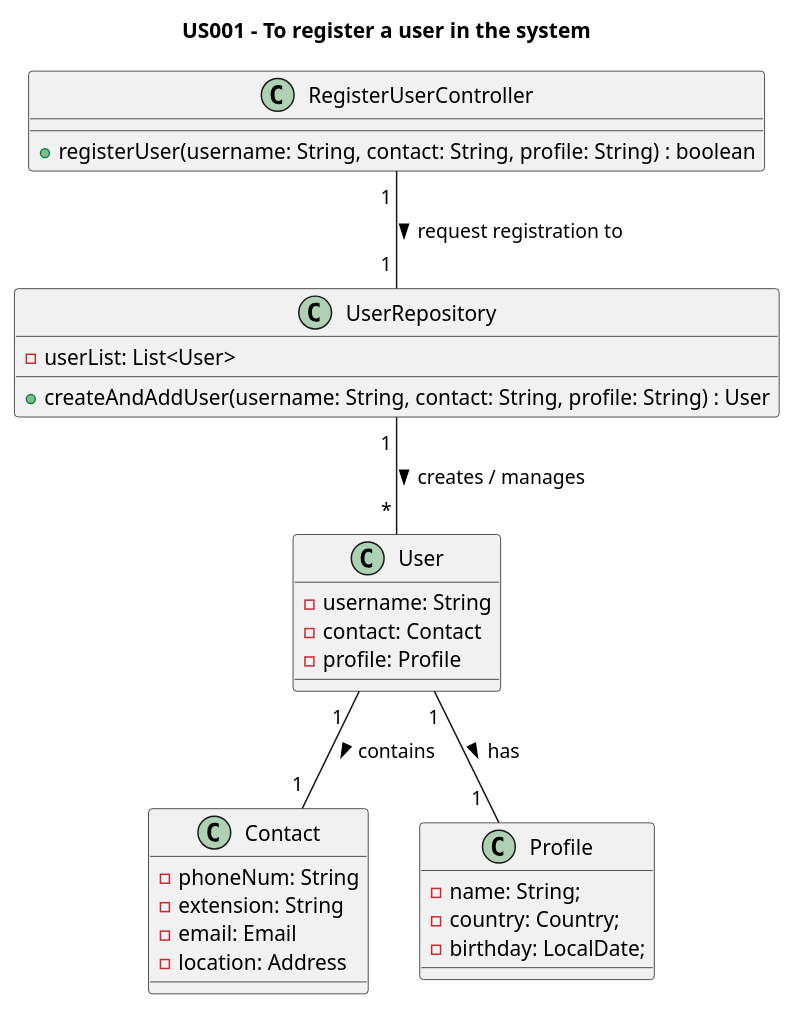
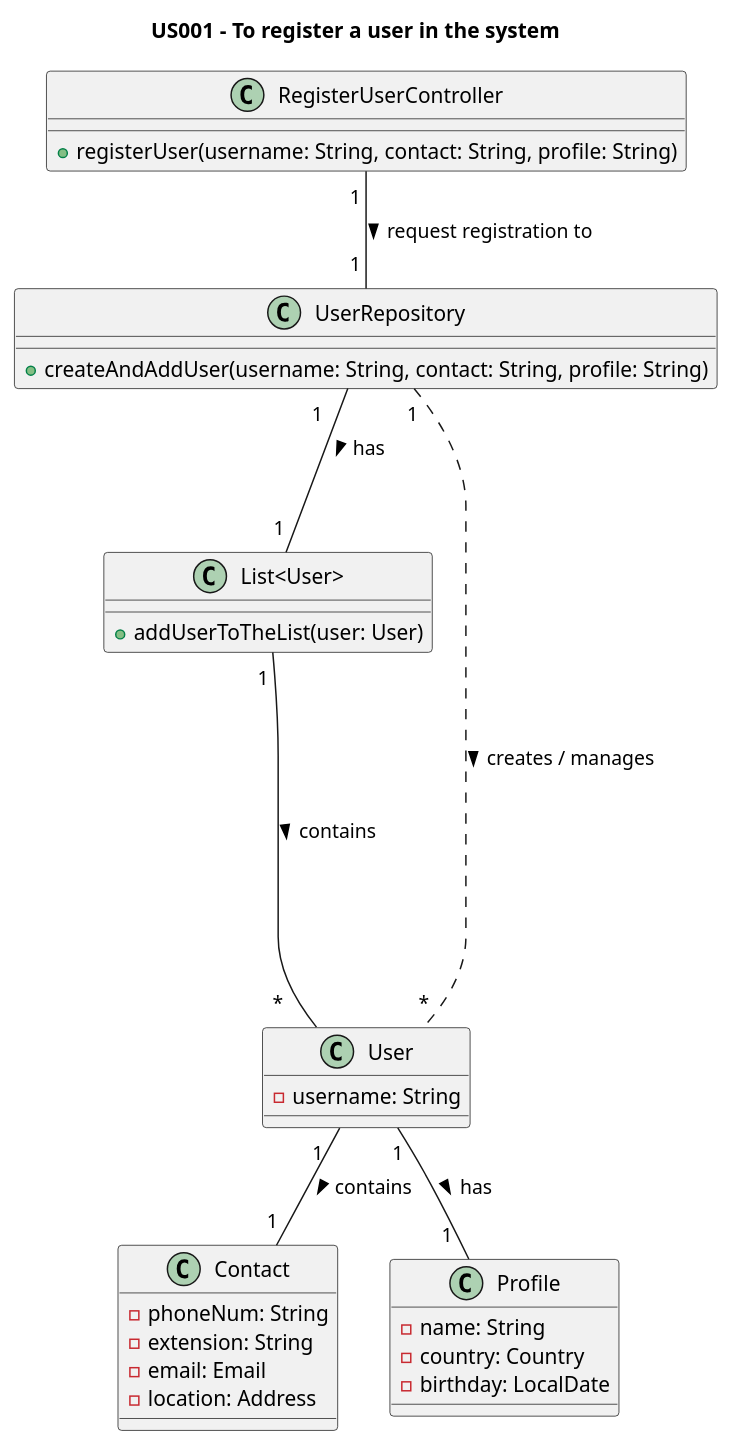
The diagram in Diagrams/ClassDiagrams/US001-to-register-a-user.puml (AndrePereiraGitH/SWitCH-Project-Team_A), drawn with PlantUML before and after one commit. The commit also changed 8 other files, not shown here.

Commit message:
Finished #23 #26, sequence and class diagram finished

```diff
--- a/Diagrams/ClassDiagrams/US001-to-register-a-user.puml
+++ b/Diagrams/ClassDiagrams/US001-to-register-a-user.puml
@@ -1,42 +1,45 @@
 @startuml
 title US001 - To register a user in the system
 
 class RegisterUserController {
-  +registerUser(username: String, contact: String, profile: String) : boolean
+  +registerUser(username: String, contact: String, profile: String)
 }
 
 class UserRepository {
-  -userList: List<User>
-  +createAndAddUser(username: String, contact: String, profile: String) : User
+  +createAndAddUser(username: String, contact: String, profile: String)
 ' Those methods are part of createAndAddUser
 '  -validateUser(u: User) : boolean
 '  -addUserToUserList(u: User) : void
 }
 
+class "List<User>" {
+  +addUserToTheList(user: User)
+}
+
 class User {
   -username: String
-  -contact: Contact
-  -profile: Profile
 }
 
 class Contact {
   -phoneNum: String
   -extension: String
   -email: Email
   -location: Address
 }
 
 
 class Profile {
-  -name: String;
-  -country: Country;
-  -birthday: LocalDate;
+  -name: String
+  -country: Country
+  -birthday: LocalDate
 }
 
 ' Interaction
 
 RegisterUserController "1 " -- "1 " UserRepository : request registration to >
-UserRepository "1 " -- " * " User : creates / manages >
+UserRepository "1 " .----- " * " User : creates / manages >
+UserRepository "1    " -- "1 " "List<User>" : has >
+"List<User>" "1 " -- " *    " User : contains >
 User "1  " -- "1 " Contact : contains >
 User "1" -- "1  " Profile : has >
 @enduml
```
